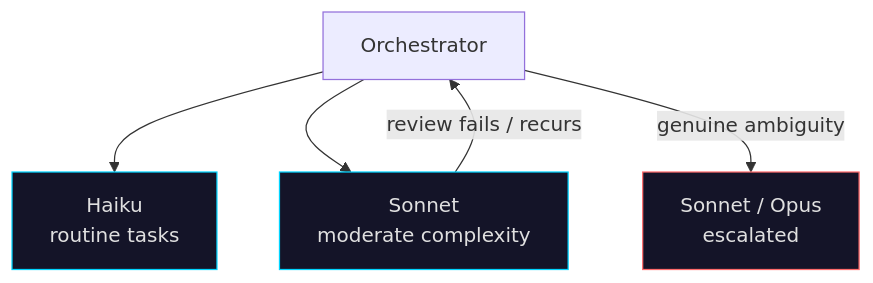
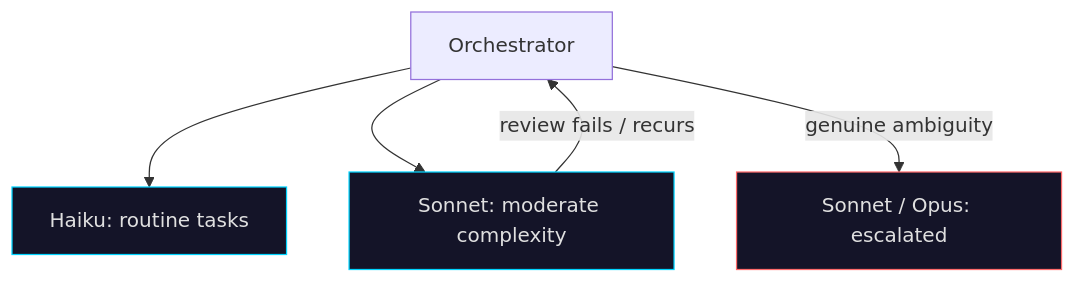
The second of 3 diagrams in README.md (jonatanmichael/claude-code-config), drawn with Mermaid before and after one commit. The commit also changed other lines of this file, not shown here.

````diff
--- a/README.md
+++ b/README.md
@@ -113,11 +114,11 @@
 ```mermaid
 flowchart TD
-    O[Orchestrator] --> H[Haiku\nroutine tasks]
-    O --> S[Sonnet\nmoderate complexity]
+    O[Orchestrator] --> H[Haiku: routine tasks]
+    O --> S[Sonnet: moderate complexity]
     S -->|review fails / recurs| O
-    O -->|genuine ambiguity| Top[Sonnet / Opus\nescalated]
+    O -->|genuine ambiguity| Top[Sonnet / Opus: escalated]
 
     style H fill:#141428,stroke:#00d4ff,color:#e0e0e0
     style S fill:#141428,stroke:#00d4ff,color:#e0e0e0
     style Top fill:#141428,stroke:#ff6b6b,color:#e0e0e0
 ```
````
